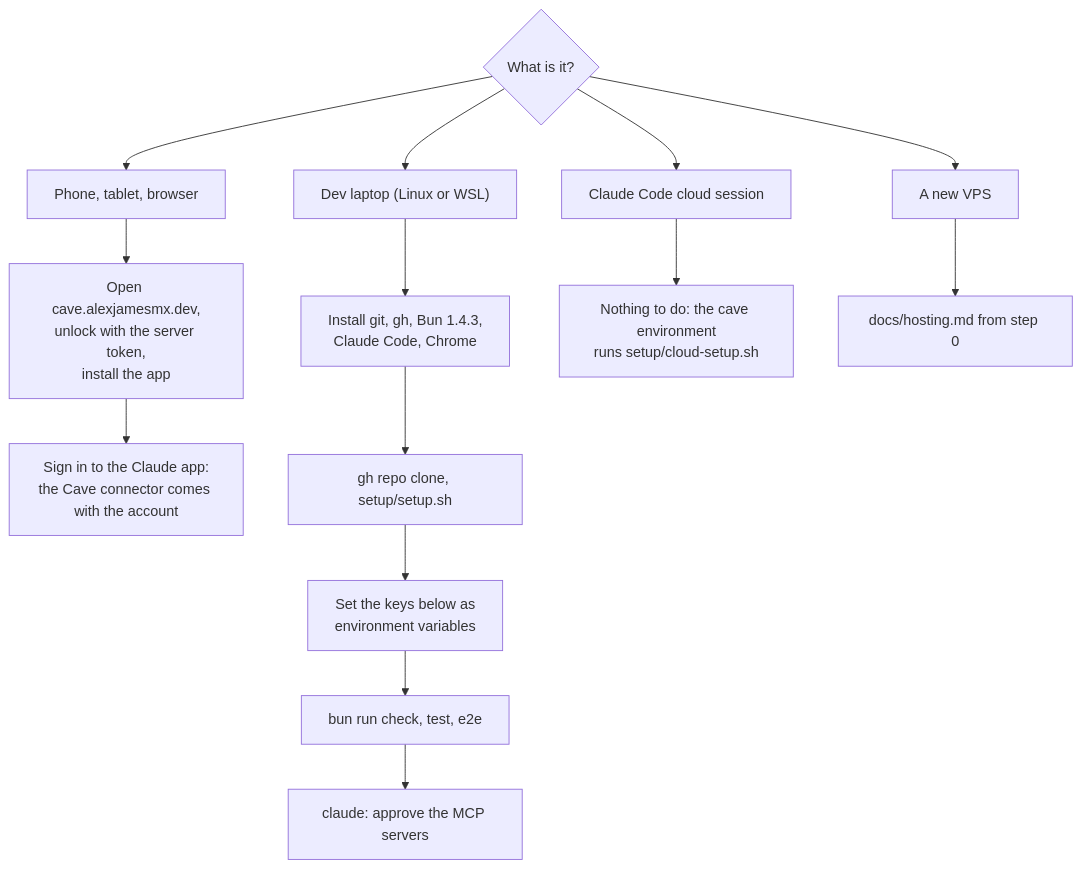
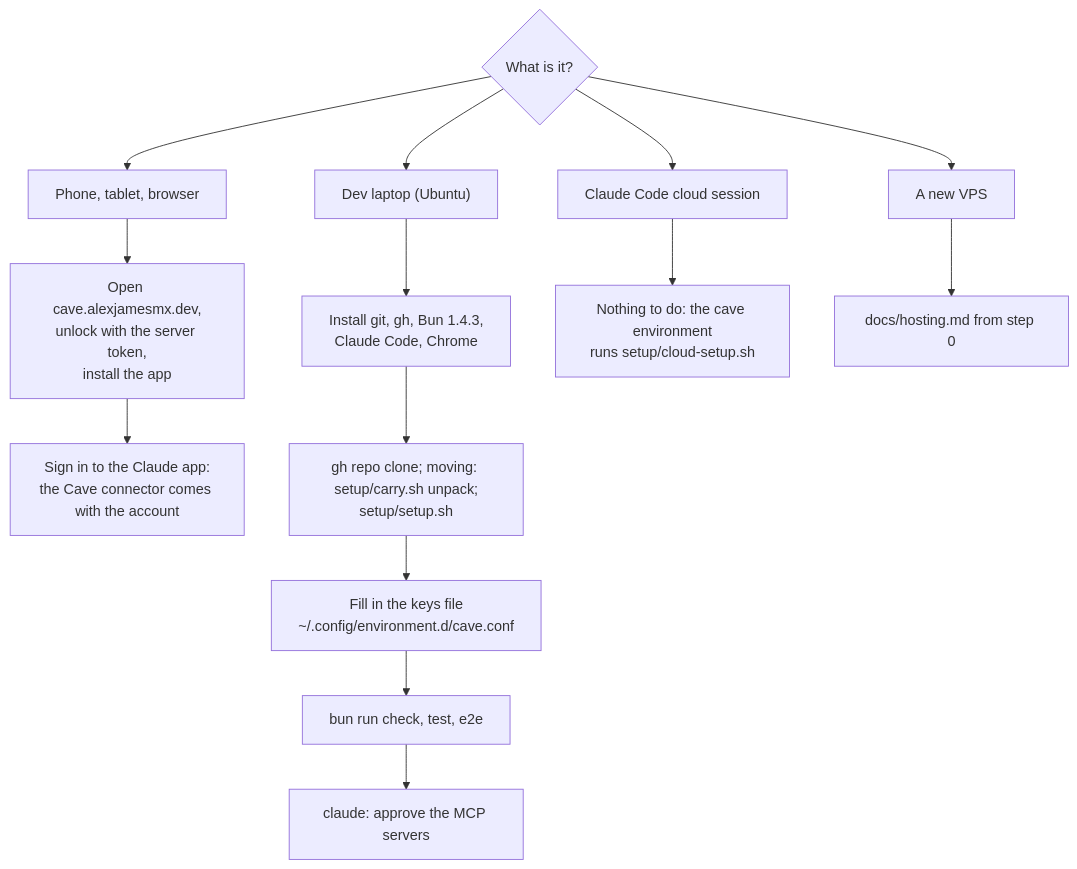
One commit to alexjamesmx/cave changed the second of 2 diagrams in docs/onboarding.md. Above: the diagram before and after it, drawn with Mermaid. The commit also changed other lines of this file and 15 other files, not shown here.

Commit message:
The laptop runs on native Ubuntu: Remote Control as a systemd user unit, keys in environment.d, setup/carry.sh moves the laptop-only state encrypted

````diff
--- a/docs/onboarding.md
+++ b/docs/onboarding.md
@@ -36,11 +36,11 @@
 ```mermaid
 flowchart TD
   Start{"What is it?"} --> Phone["Phone, tablet, browser"]
-  Start --> Laptop["Dev laptop (Linux or WSL)"]
+  Start --> Laptop["Dev laptop (Ubuntu)"]
   Start --> Cloud["Claude Code cloud session"]
   Start --> NewVPS["A new VPS"]
   Phone --> P1["Open cave.alexjamesmx.dev,<br/>unlock with the server token,<br/>install the app"] --> P2["Sign in to the Claude app:<br/>the Cave connector comes with the account"]
-  Laptop --> L1["Install git, gh, Bun 1.4.3,<br/>Claude Code, Chrome"] --> L2["gh repo clone, setup/setup.sh"] --> L3["Set the keys below as<br/>environment variables"] --> L4["bun run check, test, e2e"] --> L5["claude: approve the MCP servers"]
+  Laptop --> L1["Install git, gh, Bun 1.4.3,<br/>Claude Code, Chrome"] --> L2["gh repo clone; moving: setup/carry.sh unpack;<br/>setup/setup.sh"] --> L3["Fill in the keys file<br/>~/.config/environment.d/cave.conf"] --> L4["bun run check, test, e2e"] --> L5["claude: approve the MCP servers"]
   Cloud --> C1["Nothing to do: the cave environment<br/>runs setup/cloud-setup.sh"]
   NewVPS --> V1["docs/hosting.md from step 0"]
 ```
````
